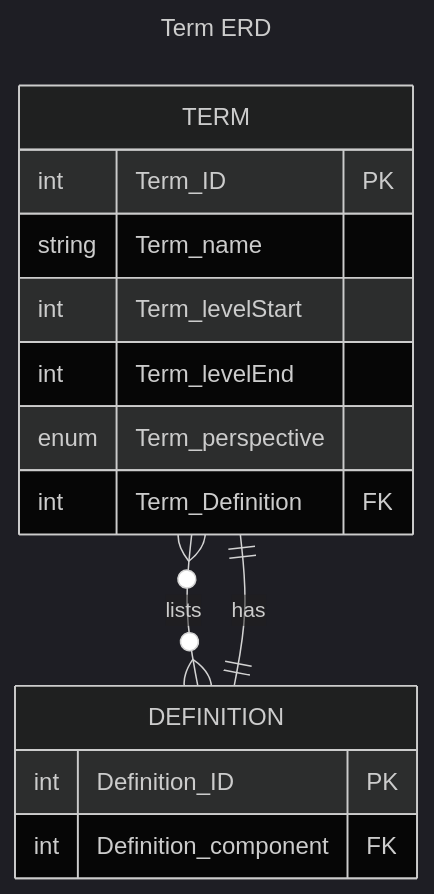
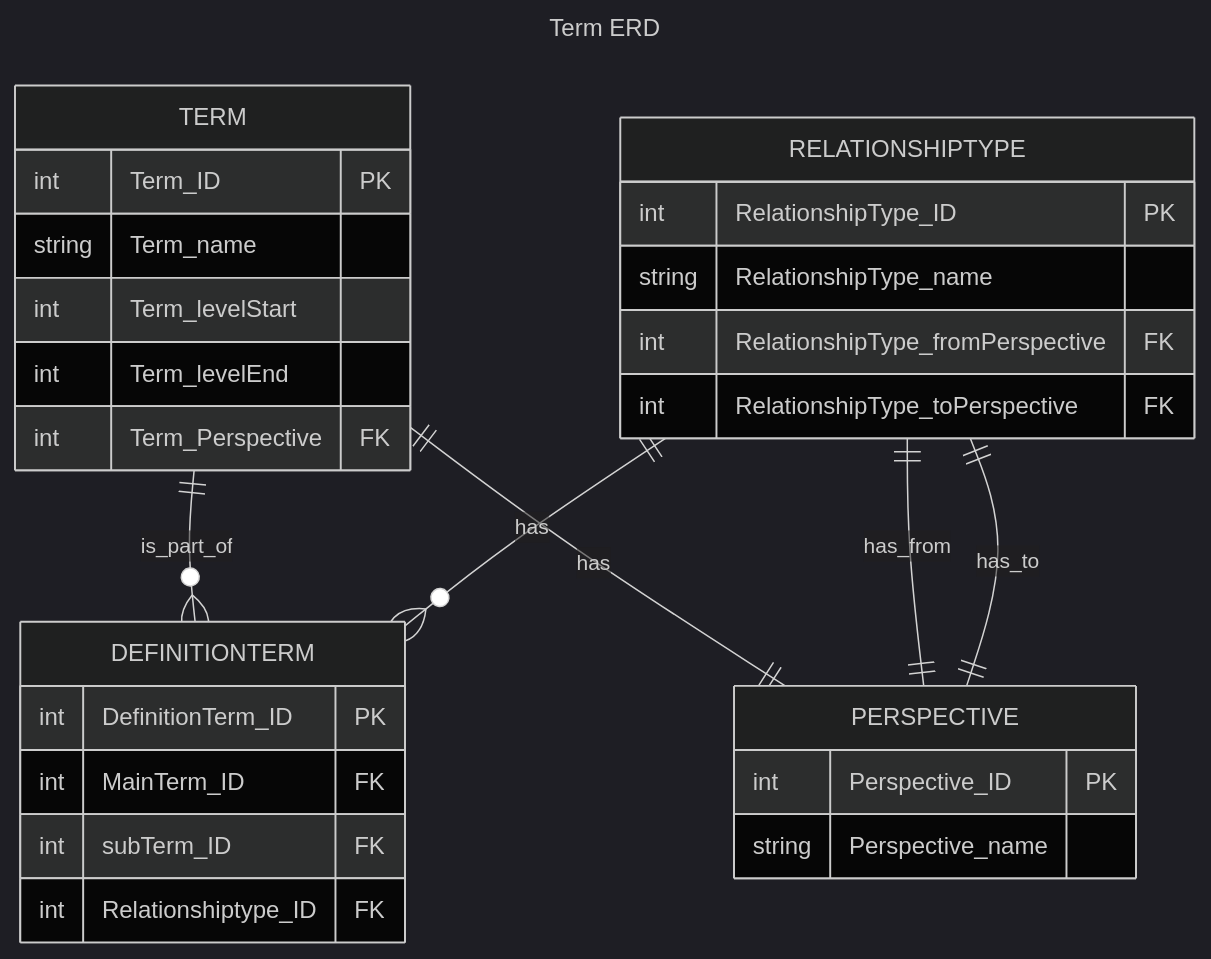
The diagram in Database/ERD.md (MichielLangen/RU_business_glossary), drawn with Mermaid (dark theme) before and after one commit. The commit also changed 13 other files, not shown here.

````diff
--- a/Database/ERD.md
+++ b/Database/ERD.md
@@ -1,20 +1,36 @@
 ```mermaid
 ---
 title: Term ERD
 ---
 erDiagram
-    TERM }o--o{ DEFINITION : lists
     TERM {
         int Term_ID PK
         string Term_name
         int Term_levelStart
         int Term_levelEnd
-        enum Term_perspective
-        int Term_Definition FK
+        int Term_Perspective FK
     }
-    DEFINITION ||--|| TERM : has
-    DEFINITION{
-        int Definition_ID PK
-        int Definition_component FK
+    DEFINITIONTERM{
+        int DefinitionTerm_ID PK
+        int MainTerm_ID FK
+        int subTerm_ID FK
+        int Relationshiptype_ID FK
     }
+    PERSPECTIVE{
+        int Perspective_ID PK
+        string Perspective_name
+    }
+    RELATIONSHIPTYPE{
+        int RelationshipType_ID PK
+        string RelationshipType_name
+        int RelationshipType_fromPerspective FK
+        int RelationshipType_toPerspective FK
+    }
+
+    TERM ||--o{ DEFINITIONTERM : is_part_of
+    RELATIONSHIPTYPE ||--o{ DEFINITIONTERM : has
+    TERM ||--|| PERSPECTIVE : has
+    RELATIONSHIPTYPE ||--|| PERSPECTIVE : has_from
+    RELATIONSHIPTYPE ||--|| PERSPECTIVE : has_to
+
 ```
````
